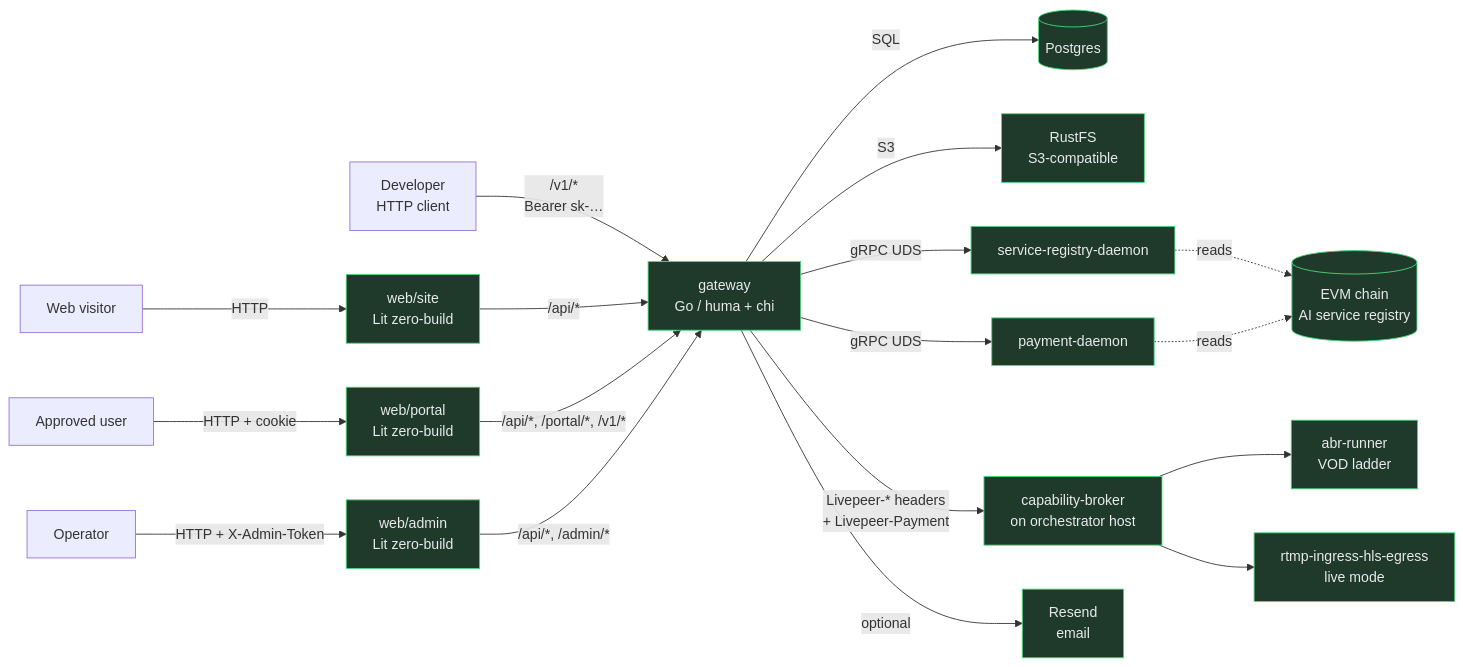
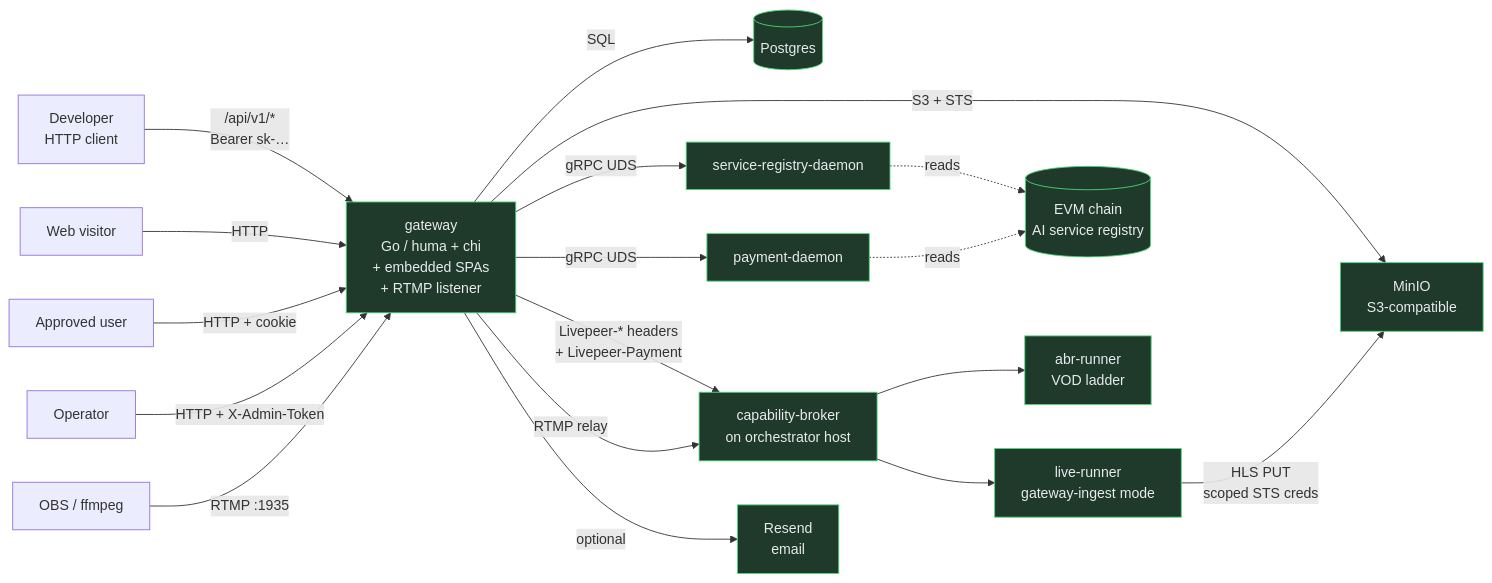
The first of 5 diagrams in ARCHITECTURE.md (Cloud-SPE/livepeer-modules-transcode-gateway), drawn with Mermaid before and after one commit. The commit also changed other lines of this file and 29 other files, not shown here.

Commit message:
docs: sweep architecture and product updates

````diff
--- a/ARCHITECTURE.md
+++ b/ARCHITECTURE.md
@@ -16,28 +16,27 @@
 ```mermaid
 flowchart LR
-  user[Developer<br/>HTTP client] -->|/v1/*<br/>Bearer sk-…| GW
-  visitor[Web visitor] -->|HTTP| SITE
-  portalUser[Approved user] -->|HTTP + cookie| PORTAL
-  admin[Operator] -->|HTTP + X-Admin-Token| ADMIN
+  user[Developer<br/>HTTP client] -->|/api/v1/*<br/>Bearer sk-…| GW
+  visitor[Web visitor] -->|HTTP| GW
+  portalUser[Approved user] -->|HTTP + cookie| GW
+  admin[Operator] -->|HTTP + X-Admin-Token| GW
+  obs[OBS / ffmpeg] -->|RTMP :1935| GW
 
-  SITE[web/site<br/>Lit zero-build] -->|/api/*| GW
-  PORTAL[web/portal<br/>Lit zero-build] -->|/api/*, /portal/*, /v1/*| GW
-  ADMIN[web/admin<br/>Lit zero-build] -->|/api/*, /admin/*| GW
-
-  GW[gateway<br/>Go / huma + chi] -->|SQL| DB[(Postgres)]
-  GW -->|S3| RFS[RustFS<br/>S3-compatible]
+  GW[gateway<br/>Go / huma + chi<br/>+ embedded SPAs<br/>+ RTMP listener] -->|SQL| DB[(Postgres)]
+  GW -->|S3 + STS| MINIO[MinIO<br/>S3-compatible]
   GW -->|gRPC UDS| REG[service-registry-daemon]
   GW -->|gRPC UDS| PAYER[payment-daemon]
   GW -->|Livepeer-* headers<br/>+ Livepeer-Payment| BROKER[capability-broker<br/>on orchestrator host]
+  GW -->|RTMP relay| BROKER
   BROKER --> RUN_ABR[abr-runner<br/>VOD ladder]
-  BROKER --> RUN_LIVE[rtmp-ingress-hls-egress<br/>live mode]
+  BROKER --> RUN_LIVE[live-runner<br/>gateway-ingest mode]
+  RUN_LIVE -->|HLS PUT<br/>scoped STS creds| MINIO
   GW -->|optional| RESEND[Resend<br/>email]
 
   REG -.->|reads| CHAIN[(EVM chain<br/>AI service registry)]
   PAYER -.->|reads| CHAIN
 
   classDef ours fill:#1f3a2a,stroke:#4cd97b,color:#e8eaed;
   classDef ext fill:#1a1c20,stroke:#9aa0a6,color:#9aa0a6,stroke-dasharray: 4 2;
-  class GW,SITE,PORTAL,ADMIN,DB,RFS ours;
+  class GW,DB,MINIO ours;
   class REG,PAYER,BROKER,RUN_ABR,RUN_LIVE,RESEND,CHAIN ours;
 ```
````
